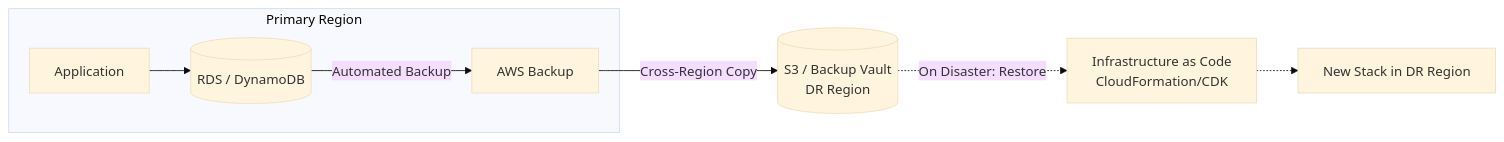
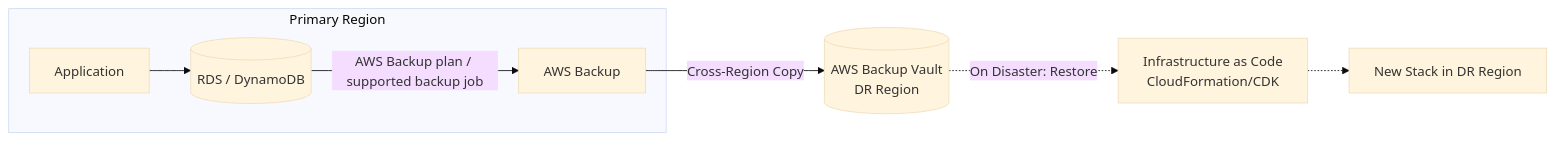
The second of 5 diagrams in Design/06-high-availability-dr-patterns.md (AlexanderBesss/AWS_best_praactices), drawn with Mermaid (base theme) before and after one commit. The commit also changed other lines of this file and 31 other files, not shown here.

````diff
--- a/Design/06-high-availability-dr-patterns.md
+++ b/Design/06-high-availability-dr-patterns.md
@@ -65,10 +65,10 @@
 ```mermaid
 graph LR
     subgraph "Primary Region"
         A[Application] --> B[(RDS / DynamoDB)]
-        B -->|Automated Backup| C[AWS Backup]
+        B -->|AWS Backup plan / supported backup job| C[AWS Backup]
     end
-    C -->|Cross-Region Copy| D[(S3 / Backup Vault<br/>DR Region)]
+    C -->|Cross-Region Copy| D[(AWS Backup Vault<br/>DR Region)]
     D -.->|On Disaster: Restore| E[Infrastructure as Code<br/>CloudFormation/CDK]
     E -.-> F[New Stack in DR Region]
 ```
````
